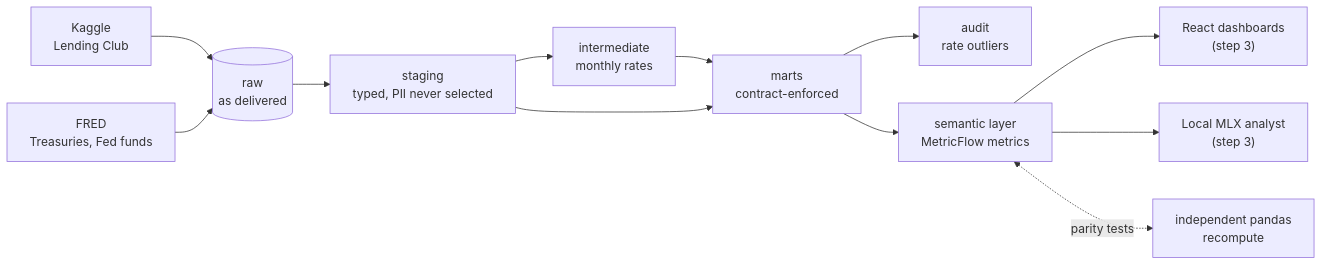
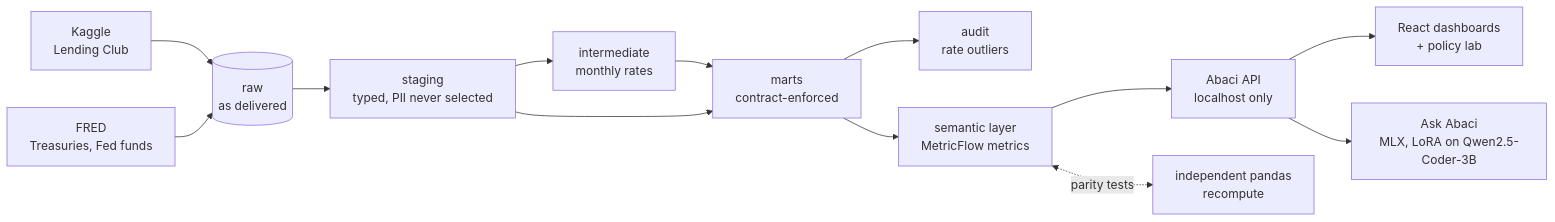
Before and after one commit to keithgilb1/Abaci: the first of 2 diagrams in README.md, drawn with Mermaid. The commit also changed other lines of this file and 4 other files, not shown here.

First line of the commit message:
Add the Ask Abaci evaluation and the Step 3 README

````diff
--- a/README.md
+++ b/README.md
@@ -18,14 +18,15 @@
 ```mermaid
 flowchart LR
     K["Kaggle<br/>Lending Club"] --> R[("raw<br/>as delivered")]
     F["FRED<br/>Treasuries, Fed funds"] --> R
     R --> S["staging<br/>typed, PII never selected"]
     S --> I["intermediate<br/>monthly rates"]
     I --> M["marts<br/>contract-enforced"]
     S --> M
     M --> A["audit<br/>rate outliers"]
     M --> SL["semantic layer<br/>MetricFlow metrics"]
-    SL --> D["React dashboards<br/>(step 3)"]
-    SL --> AG["Local MLX analyst<br/>(step 3)"]
+    SL --> API["Abaci API<br/>localhost only"]
+    API --> D["React dashboards<br/>+ policy lab"]
+    API --> AG["Ask Abaci<br/>MLX, LoRA on Qwen2.5-Coder-3B"]
     SL <-. "parity tests" .-> P["independent pandas<br/>recompute"]
 ```
````
